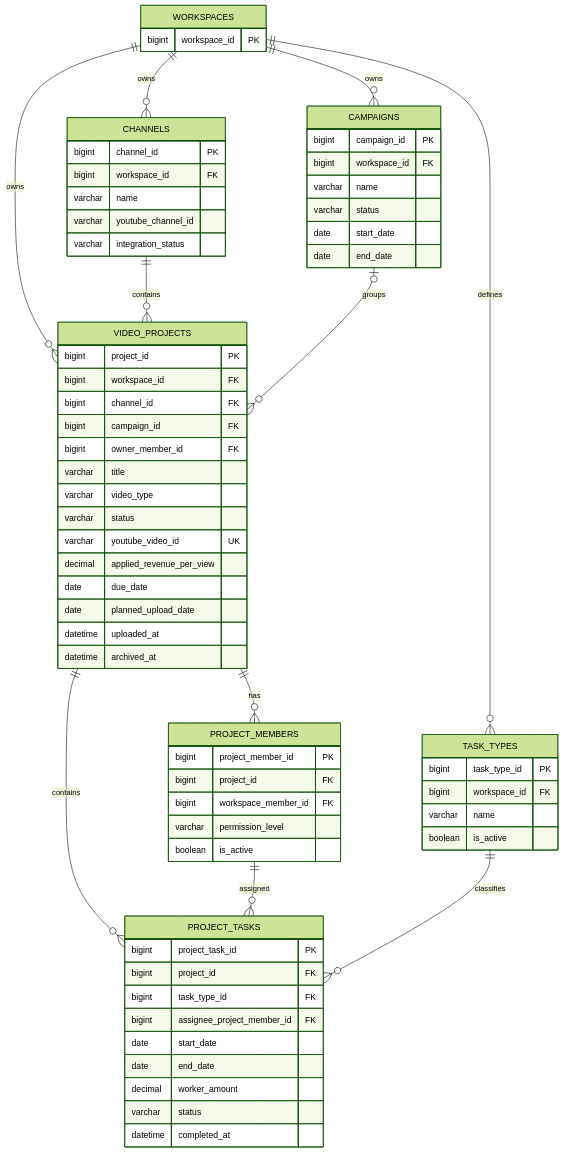
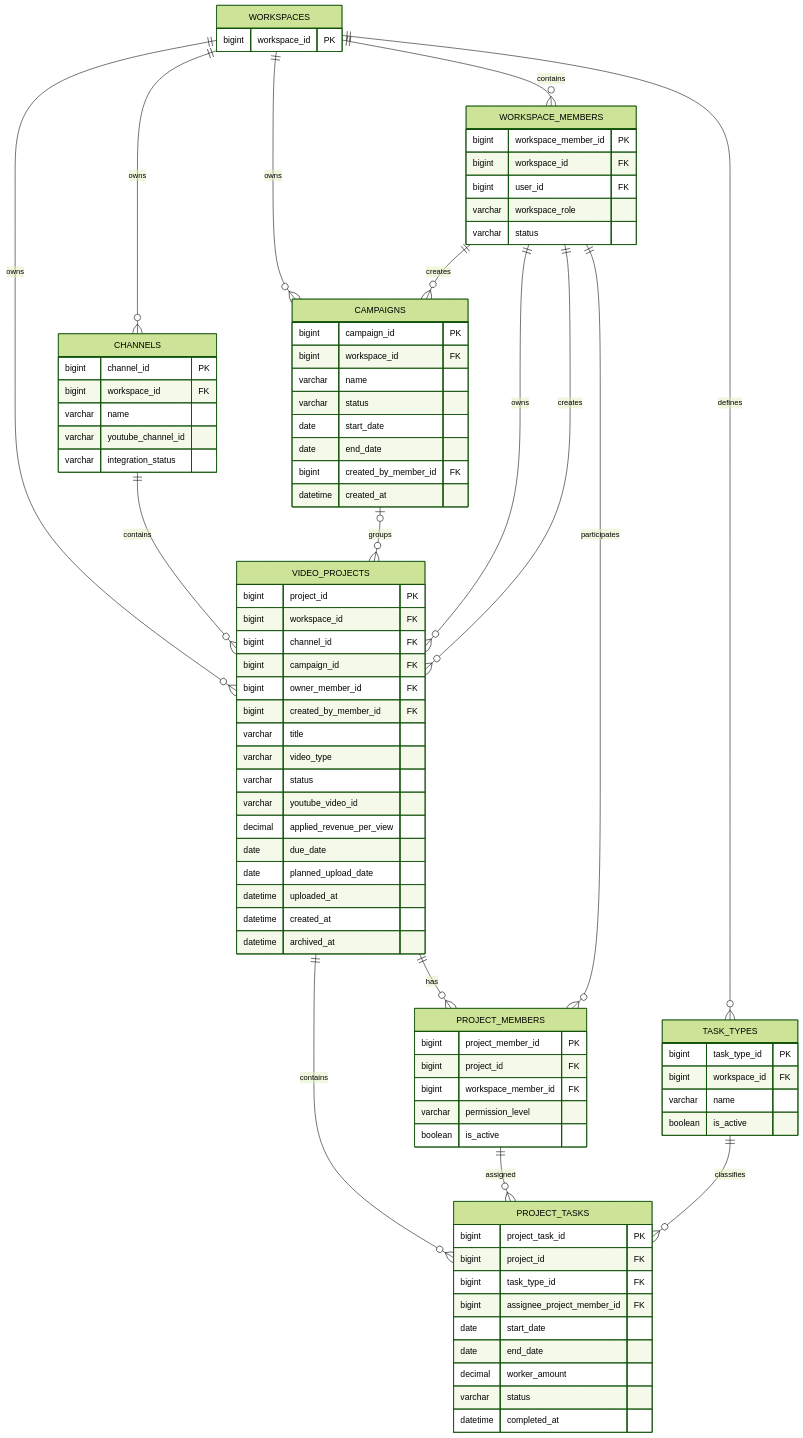
Before and after one commit to heebaek200/yms-project: the third of 6 diagrams in docs/design/데이터베이스 설계 및 ERD.md, drawn with Mermaid (forest theme). The commit also changed other lines of this file, not shown here.

```diff
--- a/docs/design/데이터베이스 설계 및 ERD.md
+++ b/docs/design/데이터베이스 설계 및 ERD.md
@@ -804,6 +843,14 @@
 erDiagram
     WORKSPACES {
         bigint workspace_id PK
+    }
+
+    WORKSPACE_MEMBERS {
+        bigint workspace_member_id PK
+        bigint workspace_id FK
+        bigint user_id FK
+        varchar workspace_role
+        varchar status
     }
 
     CHANNELS {
@@ -821,6 +868,8 @@
         varchar status
         date start_date
         date end_date
+        bigint created_by_member_id FK
+        datetime created_at
     }
 
     VIDEO_PROJECTS {
@@ -829,14 +878,16 @@
         bigint channel_id FK
         bigint campaign_id FK
         bigint owner_member_id FK
+        bigint created_by_member_id FK
         varchar title
         varchar video_type
         varchar status
-        varchar youtube_video_id UK
+        varchar youtube_video_id
         decimal applied_revenue_per_view
         date due_date
         date planned_upload_date
         datetime uploaded_at
+        datetime created_at
         datetime archived_at
     }
 
@@ -867,13 +918,18 @@
         datetime completed_at
     }
 
+    WORKSPACES ||--o{ WORKSPACE_MEMBERS : contains
     WORKSPACES ||--o{ CHANNELS : owns
     WORKSPACES ||--o{ CAMPAIGNS : owns
     WORKSPACES ||--o{ VIDEO_PROJECTS : owns
     WORKSPACES ||--o{ TASK_TYPES : defines
     CHANNELS ||--o{ VIDEO_PROJECTS : contains
     CAMPAIGNS o|--o{ VIDEO_PROJECTS : groups
+    WORKSPACE_MEMBERS ||--o{ CAMPAIGNS : creates
+    WORKSPACE_MEMBERS ||--o{ VIDEO_PROJECTS : owns
+    WORKSPACE_MEMBERS ||--o{ VIDEO_PROJECTS : creates
     VIDEO_PROJECTS ||--o{ PROJECT_MEMBERS : has
+    WORKSPACE_MEMBERS ||--o{ PROJECT_MEMBERS : participates
     VIDEO_PROJECTS ||--o{ PROJECT_TASKS : contains
     PROJECT_MEMBERS ||--o{ PROJECT_TASKS : assigned
     TASK_TYPES ||--o{ PROJECT_TASKS : classifies
```
